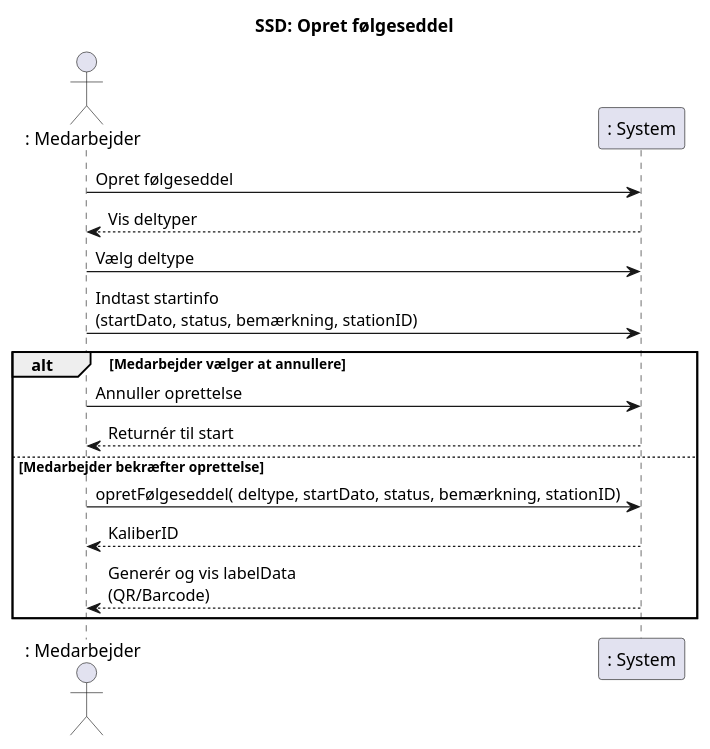
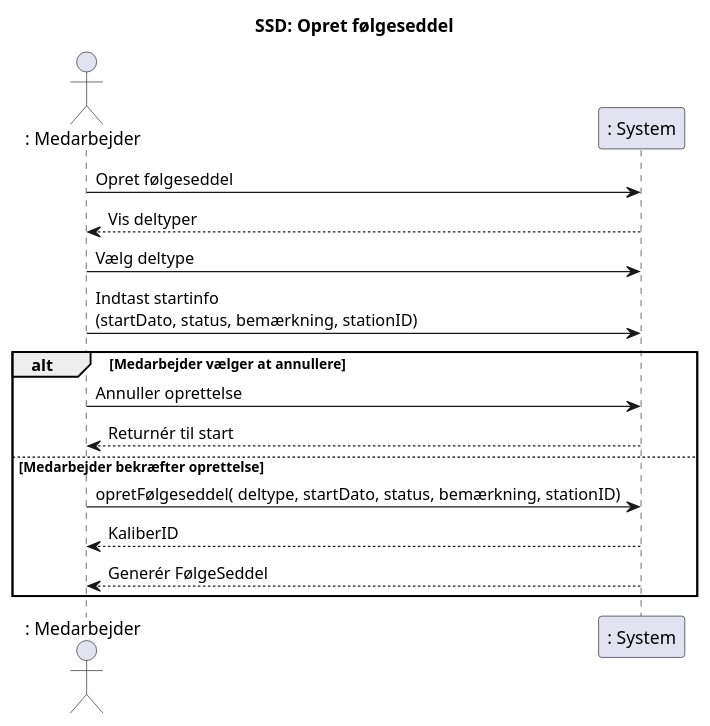
The diagram in uml_artifacts/uc1_ssd.puml (marsbo04/budweg), drawn with PlantUML before and after one commit.

Commit message:
Update label generation to generate FølgeSeddel

```diff
--- a/uml_artifacts/uc1_ssd.puml
+++ b/uml_artifacts/uc1_ssd.puml
@@ -1,23 +1,23 @@
 @startuml
 title SSD: Opret følgeseddel
 
 actor ": Medarbejder" as Medarbejder
 participant ": System" as System
 
 Medarbejder -> System: Opret følgeseddel
 System --> Medarbejder: Vis deltyper
 
 Medarbejder -> System: Vælg deltype
 Medarbejder -> System: Indtast startinfo\n(startDato, status, bemærkning, stationID)
 
 alt Medarbejder vælger at annullere
     Medarbejder -> System: Annuller oprettelse    
     System --> Medarbejder: Returnér til start
 else Medarbejder bekræfter oprettelse
     Medarbejder -> System: opretFølgeseddel( deltype, startDato, status, bemærkning, stationID)
 
     System --> Medarbejder: KaliberID
-    System --> Medarbejder: Generér og vis labelData\n(QR/Barcode)
+    System --> Medarbejder: Generér FølgeSeddel
 end
 
 @enduml
```
